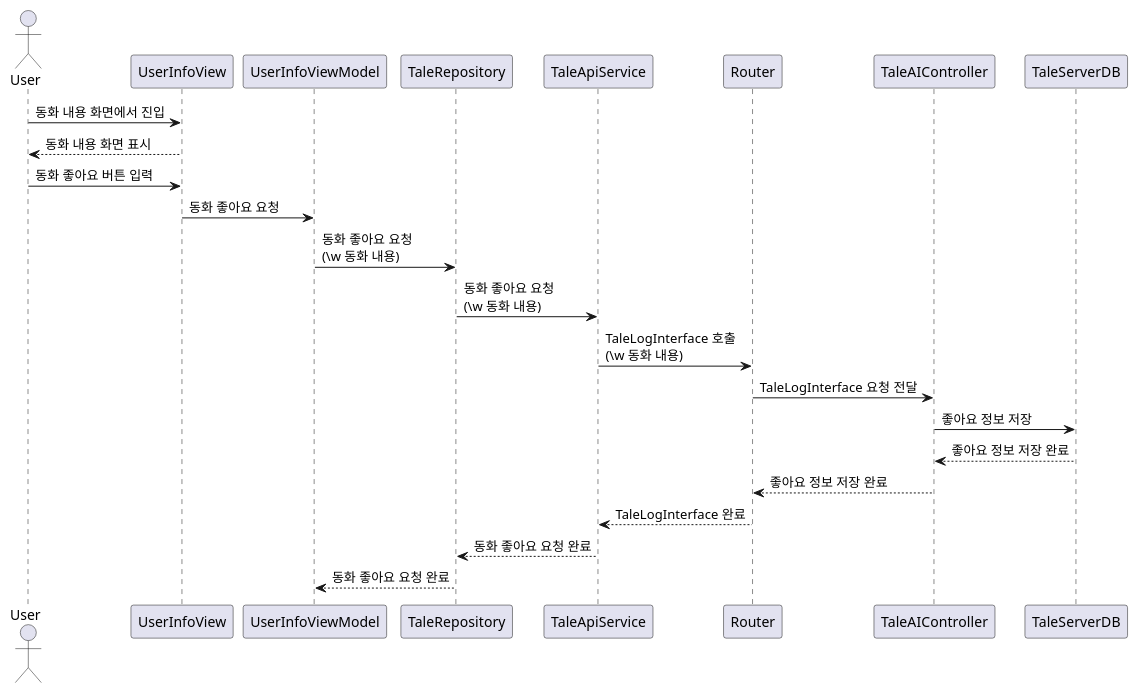
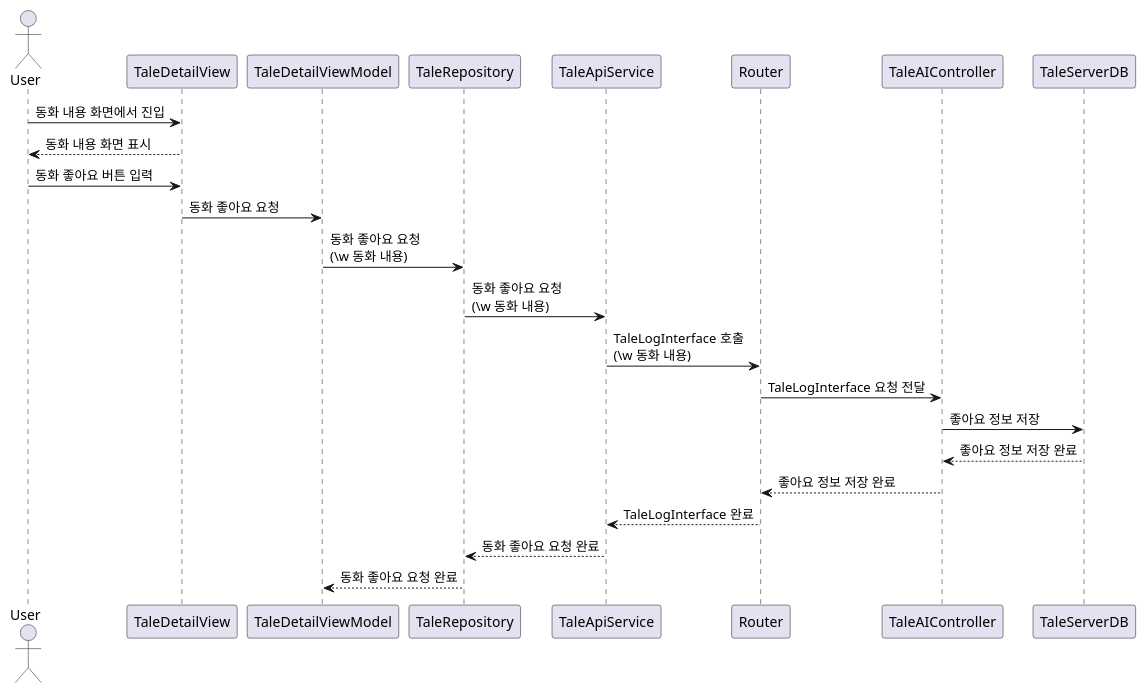
One commit to judy-juyeon-park/KTP522 changed the diagram in design/UML/LV2_logic_seq_ai_log.wsd. Above: the diagram before and after it, drawn with PlantUML. The commit also changed 1 other file, not shown here.

Commit message:
Change view name

```diff
--- a/design/UML/LV2_logic_seq_ai_log.wsd
+++ b/design/UML/LV2_logic_seq_ai_log.wsd
@@ -1,27 +1,27 @@
 @startuml seq_get_tale_list
 
 actor User as user
-participant UserInfoView as view
-participant UserInfoViewModel as vm
+participant TaleDetailView as view
+participant TaleDetailViewModel as vm
 participant TaleRepository as repo
 participant TaleApiService as api
 participant Router as router
 participant TaleAIController as ctr
 participant TaleServerDB as db
 
 
 user -> view : 동화 내용 화면에서 진입
 view --> user : 동화 내용 화면 표시
 user -> view : 동화 좋아요 버튼 입력
 view -> vm : 동화 좋아요 요청
 vm -> repo : 동화 좋아요 요청\n(\w 동화 내용)
 repo -> api : 동화 좋아요 요청\n(\w 동화 내용)
 api -> router : TaleLogInterface 호출\n(\w 동화 내용)
 router -> ctr : TaleLogInterface 요청 전달
 ctr -> db : 좋아요 정보 저장
 db --> ctr : 좋아요 정보 저장 완료
 ctr --> router : 좋아요 정보 저장 완료
 router --> api : TaleLogInterface 완료
 api --> repo : 동화 좋아요 요청 완료
 repo --> vm : 동화 좋아요 요청 완료
 @enduml
```
